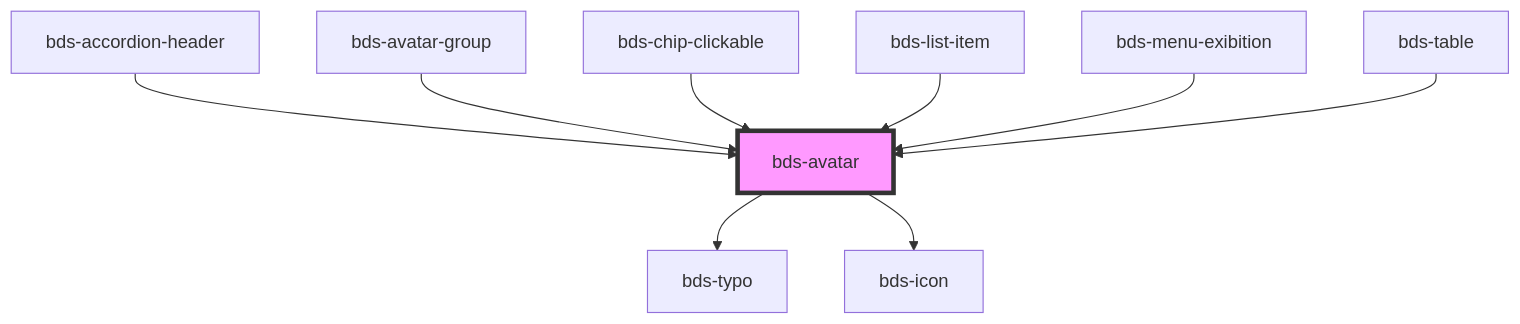
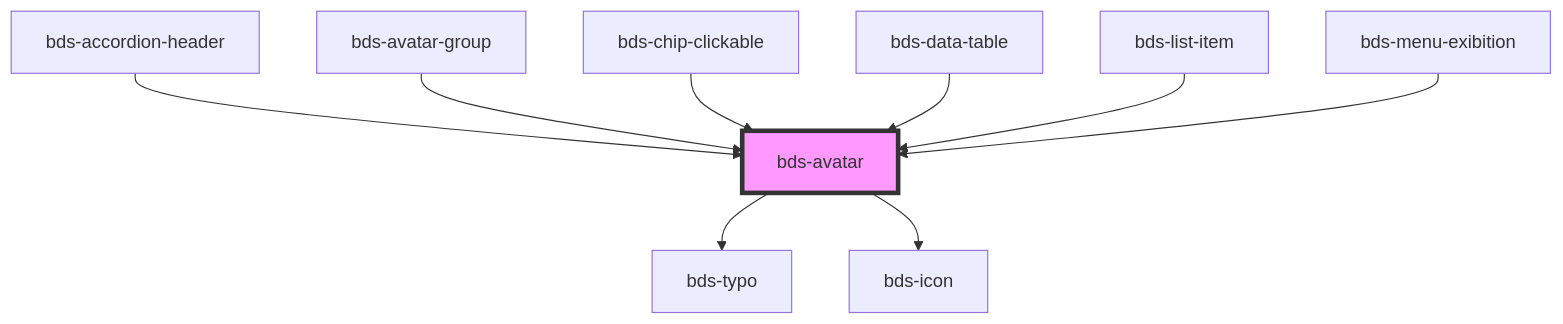
Before and after one commit to takenet/blip-ds: the diagram in src/components/avatar/readme.md, drawn with Mermaid. The commit also changed other lines of this file and 28 other files, not shown here.

Commit message:
feat(table): added new table data and custom table

````diff
--- a/src/components/avatar/readme.md
+++ b/src/components/avatar/readme.md
@@ -45,12 +45,12 @@
 ```mermaid
 graph TD;
   bds-avatar --> bds-typo
   bds-avatar --> bds-icon
   bds-accordion-header --> bds-avatar
   bds-avatar-group --> bds-avatar
   bds-chip-clickable --> bds-avatar
+  bds-data-table --> bds-avatar
   bds-list-item --> bds-avatar
   bds-menu-exibition --> bds-avatar
-  bds-table --> bds-avatar
   style bds-avatar fill:#f9f,stroke:#333,stroke-width:4px
 ```
````
